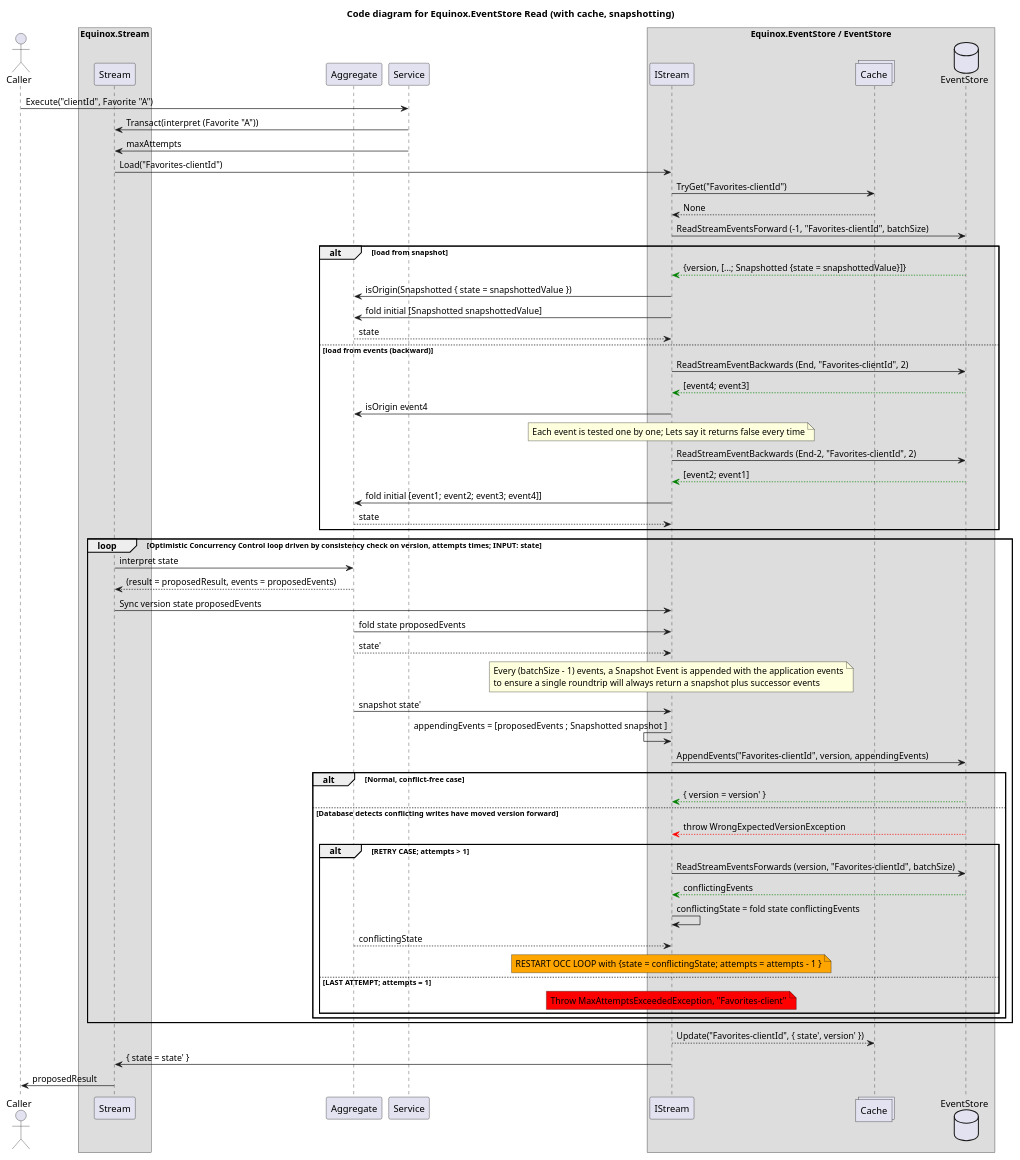
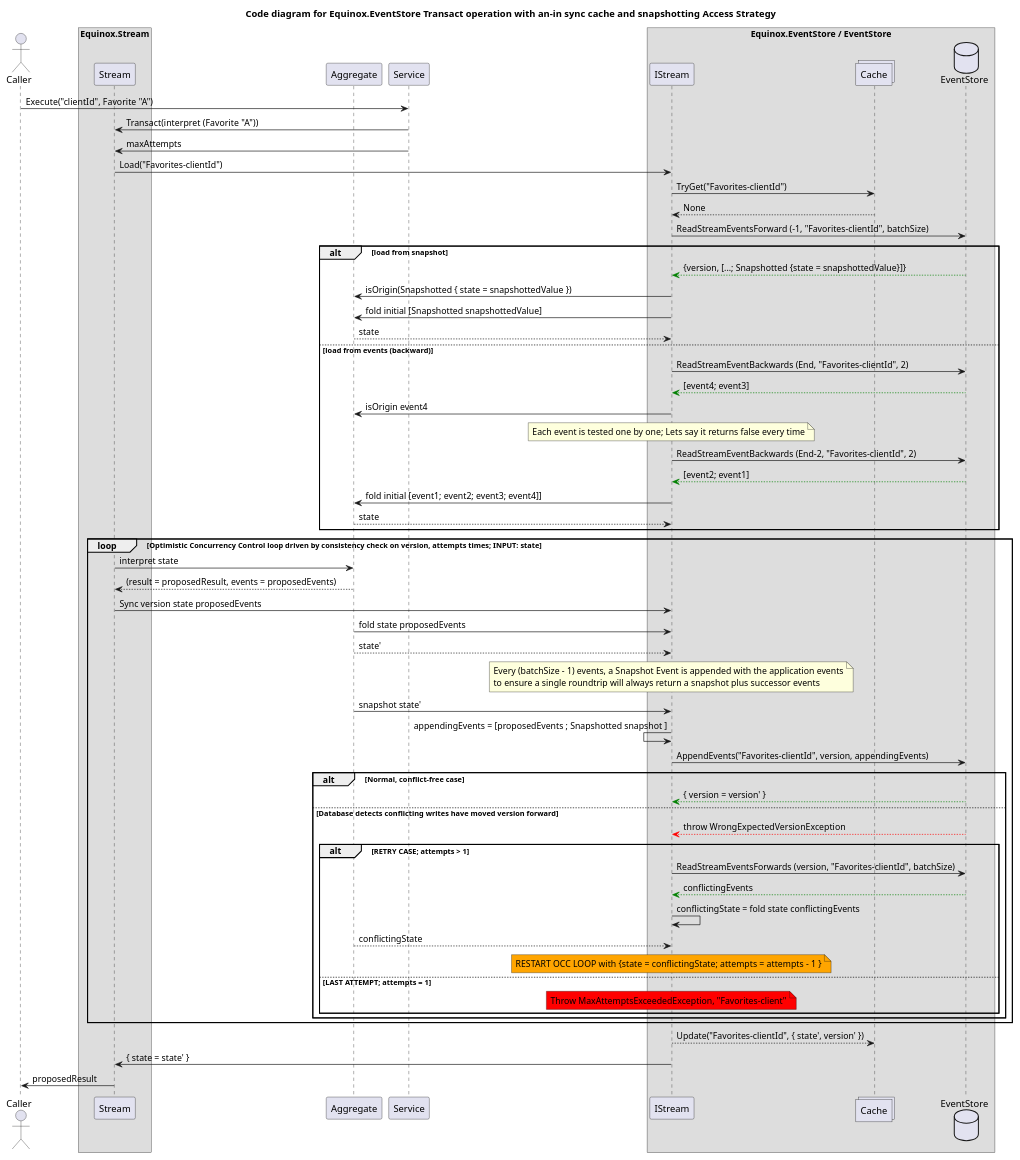
The second of 4 diagrams in diagrams/EventStoreCode.puml (jet/equinox), drawn with PlantUML before and after one commit. The commit also changed other lines of this file and 2 other files, not shown here.

Commit message:
Fix code diagram titles

```diff
--- a/diagrams/EventStoreCode.puml
+++ b/diagrams/EventStoreCode.puml
@@ -33,66 +33,66 @@
 @startuml
-title Code diagram for Equinox.EventStore Read (with cache, snapshotting)
+title Code diagram for Equinox.EventStore Transact operation with an-in sync cache and snapshotting Access Strategy
 
 actor Caller order 20
 box "Equinox.Stream"
     participant Stream order 40
 end box
 participant Aggregate order 50
 participant Service order 60
 box "Equinox.EventStore / EventStore"
   participant IStream order 80
   collections Cache order 90
   database EventStore order 100
 end box
 
 Caller -> Service: Execute("clientId", Favorite "A")
 Service -> Stream: Transact(interpret (Favorite "A"))
 Service -> Stream: maxAttempts
 Stream -> IStream: Load("Favorites-clientId")
 IStream -> Cache: TryGet("Favorites-clientId")
 Cache --> IStream: None
 IStream -> EventStore: ReadStreamEventsForward (-1, "Favorites-clientId", batchSize)
 alt load from snapshot
   EventStore -[#green]-> IStream: {version, [...; Snapshotted {state = snapshottedValue}]}
   IStream -> Aggregate: isOrigin(Snapshotted { state = snapshottedValue })
   IStream -> Aggregate: fold initial [Snapshotted snapshottedValue]
   Aggregate --> IStream: state
 else load from events (backward)
   IStream -> EventStore:  ReadStreamEventBackwards (End, "Favorites-clientId", 2)
   EventStore -[#green]-> IStream: [event4; event3]
   IStream -> Aggregate: isOrigin event4
   note over IStream: Each event is tested one by one; Lets say it returns false every time
   IStream -> EventStore:  ReadStreamEventBackwards (End-2, "Favorites-clientId", 2)
   EventStore -[#green]-> IStream: [event2; event1] 
   IStream -> Aggregate: fold initial [event1; event2; event3; event4]]
   Aggregate --> IStream: state
 end // initial stream load cases
 loop Optimistic Concurrency Control loop driven by consistency check on version, attempts times; INPUT: state
 Stream -> Aggregate: interpret state
 Aggregate --> Stream: (result = proposedResult, events = proposedEvents)
 Stream -> IStream: Sync version state proposedEvents
 IStream <- Aggregate: fold state proposedEvents
 Aggregate --> IStream: state'
 note over IStream: Every (batchSize - 1) events, a Snapshot Event is appended with the application events\nto ensure a single roundtrip will always return a snapshot plus successor events
 IStream <- Aggregate: snapshot state'
 IStream <- IStream: appendingEvents = [proposedEvents ; Snapshotted snapshot ]
 IStream -> EventStore: AppendEvents("Favorites-clientId", version, appendingEvents)
 alt Normal, conflict-free case
 EventStore -[#green]-> IStream: { version = version' }
 else Database detects conflicting writes have moved version forward
 EventStore -[#red]-> IStream: throw WrongExpectedVersionException
 alt RETRY CASE; attempts > 1
 IStream -> EventStore:  ReadStreamEventsForwards (version, "Favorites-clientId", batchSize)
 EventStore -[#green]-> IStream: conflictingEvents
 IStream -> IStream: conflictingState = fold state conflictingEvents
 Aggregate --> IStream: conflictingState
 note over IStream #orange: RESTART OCC LOOP with {state = conflictingState; attempts = attempts - 1 }
 else LAST ATTEMPT; attempts = 1
 note over IStream #red: Throw MaxAttemptsExceededException, "Favorites-client"
 end // alt throw
 end // alt ok or conflict
 end // loop
 IStream --> Cache: Update("Favorites-clientId", { state', version' })
 IStream -> Stream: { state = state' }
 Stream -> Caller: proposedResult
 @enduml
```
